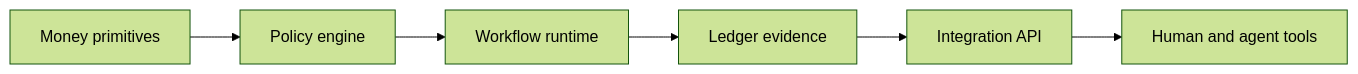
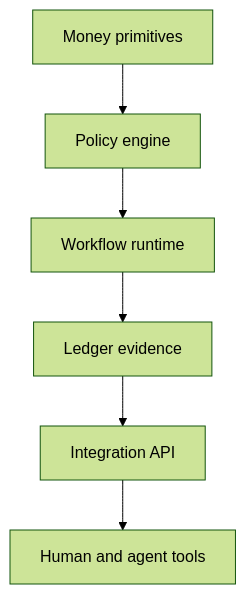
The diagram in README.md (J0UH/moneyos-platform), drawn with Mermaid (forest theme) before and after one commit.

Commit message:
docs: build visual project portfolio

````diff
--- a/README.md
+++ b/README.md
@@ -25,14 +25,14 @@
 ```mermaid
-flowchart LR
+flowchart TD
     n0["Money primitives"]
     n1["Policy engine"]
     n2["Workflow runtime"]
     n3["Ledger evidence"]
     n4["Integration API"]
     n5["Human and agent tools"]
     n0 --> n1
     n1 --> n2
     n2 --> n3
     n3 --> n4
     n4 --> n5
 ```
````
